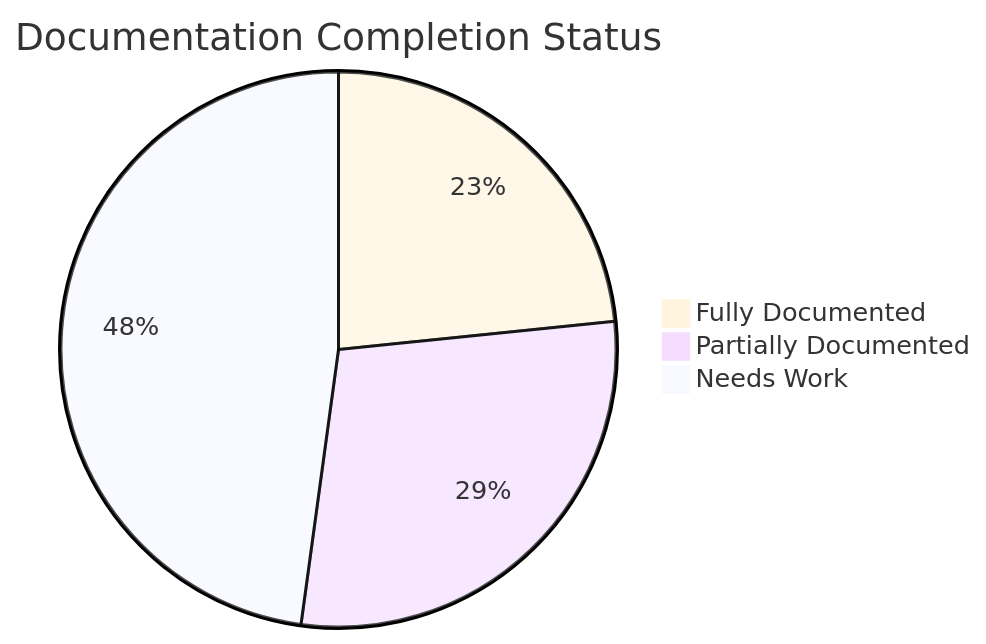
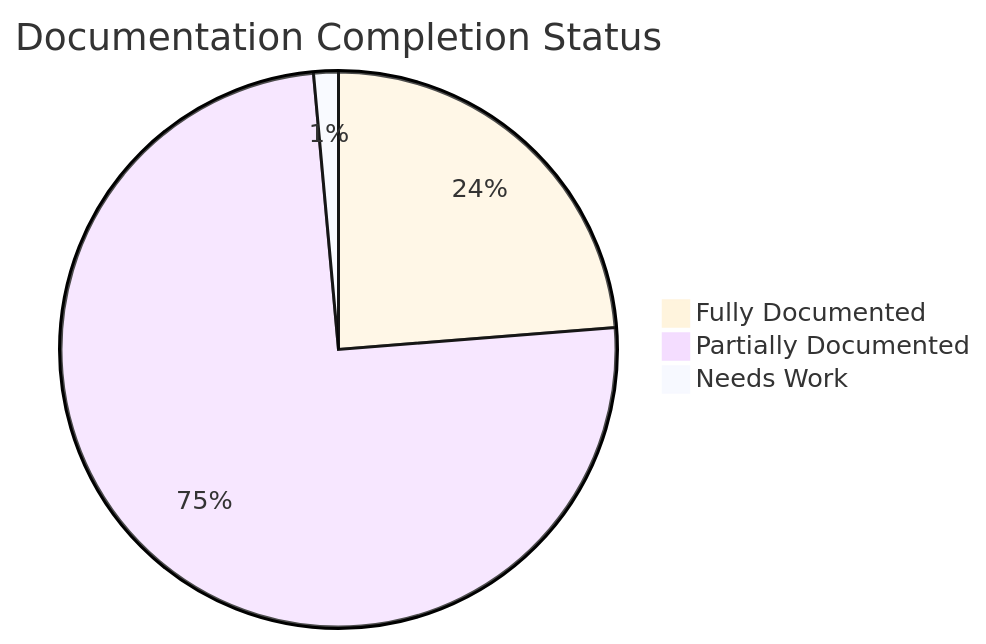
Before and after one commit to synthotec/synthotec.github.io: the first of 4 diagrams in Documentation/SynthoTec-4D/Overview.md, drawn with Mermaid. The commit also changed other lines of this file, not shown here.

````diff
--- a/Documentation/SynthoTec-4D/Overview.md
+++ b/Documentation/SynthoTec-4D/Overview.md
@@ -18,7 +18,7 @@
 ```mermaid
 %%{init: {'theme':'base'}}%%
 pie title Documentation Completion Status
-    "Fully Documented" : 65
-    "Partially Documented" : 80
-    "Needs Work" : 133
+    "Fully Documented" : 66
+    "Partially Documented" : 208
+    "Needs Work" : 4
 ```
````
